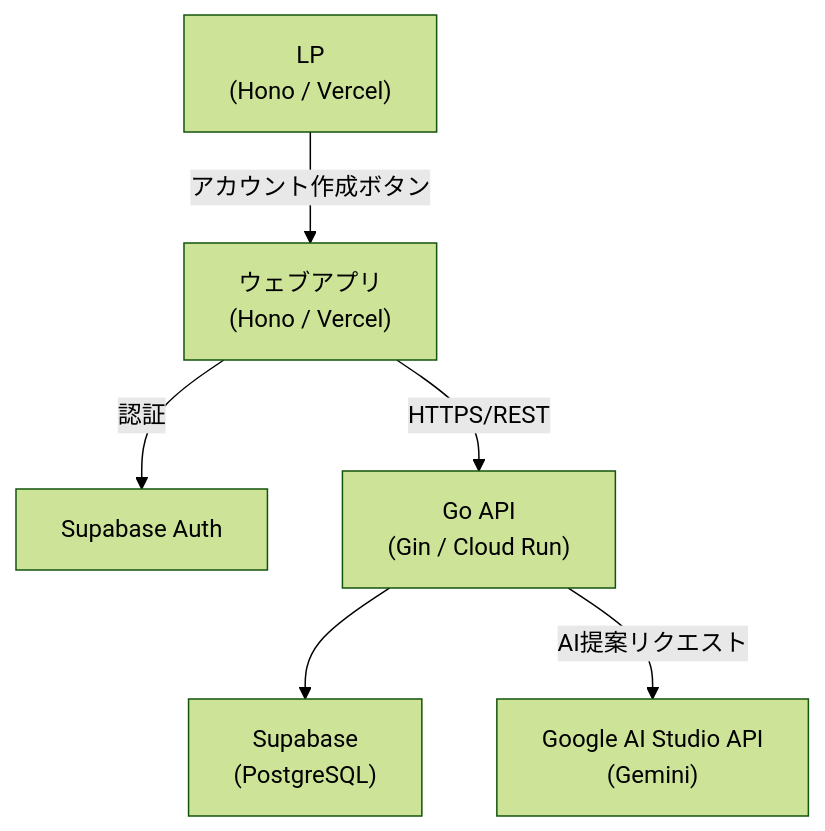
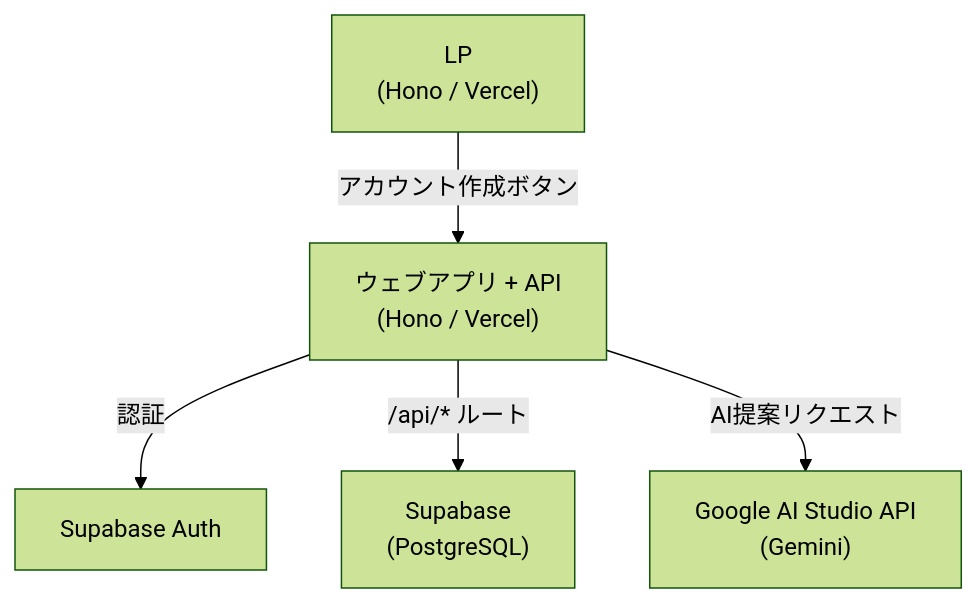
Before and after one commit to yoshiokaryo/sw-yashoku-sharing: the diagram in .claude/project/design/architecture.md, drawn with Mermaid (forest theme). The commit also changed other lines of this file and 105 other files, not shown here.

````diff
--- a/.claude/project/design/architecture.md
+++ b/.claude/project/design/architecture.md
@@ -29,8 +28,7 @@
 ```mermaid
 graph TD
     LP["LP\n(Hono / Vercel)"] -->|アカウント作成ボタン| A
-    A["ウェブアプリ\n(Hono / Vercel)"] -->|認証| C["Supabase Auth"]
-    A -->|HTTPS/REST| B["Go API\n(Gin / Cloud Run)"]
-    B --> D["Supabase\n(PostgreSQL)"]
-    B -->|AI提案リクエスト| E["Google AI Studio API\n(Gemini)"]
+    A["ウェブアプリ + API\n(Hono / Vercel)"] -->|認証| C["Supabase Auth"]
+    A -->|/api/* ルート| D["Supabase\n(PostgreSQL)"]
+    A -->|AI提案リクエスト| E["Google AI Studio API\n(Gemini)"]
 ```
````
